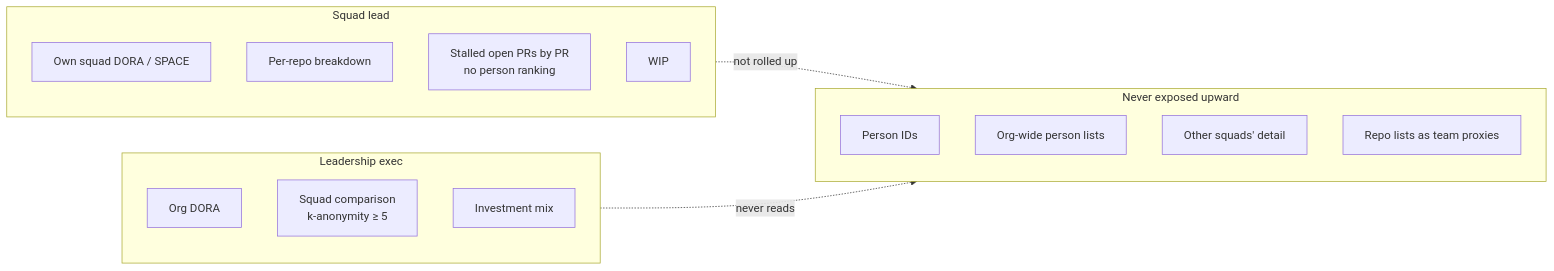
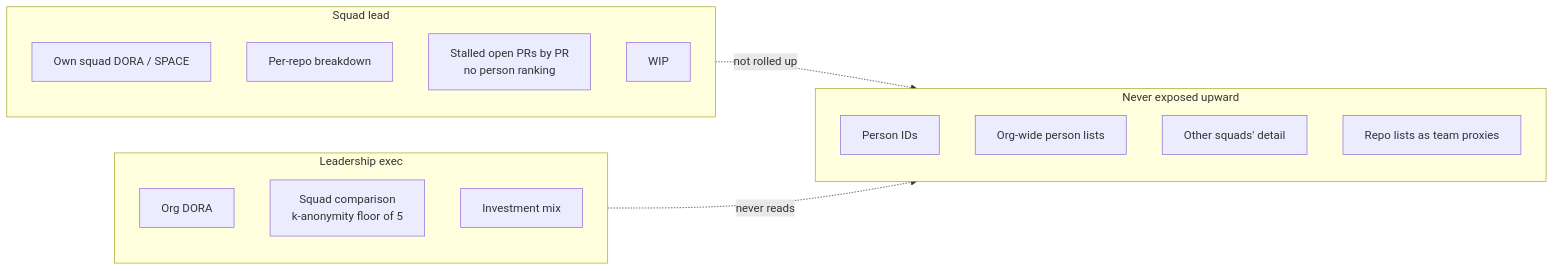
Before and after one commit to Meseery2/dev-pulse: the second of 3 diagrams in docs/ASSESSMENT.md, drawn with Mermaid. The commit also changed other lines of this file, not shown here.

First line of the commit message:
docs: trim architecture tables; keep Mermaid as primary visual

````diff
--- a/docs/ASSESSMENT.md
+++ b/docs/ASSESSMENT.md
@@ -87,25 +87,25 @@
 ```mermaid
 flowchart LR
   subgraph SquadLead["Squad lead"]
     SL1["Own squad DORA / SPACE"]
     SL2["Per-repo breakdown"]
     SL3["Stalled open PRs by PR<br/>no person ranking"]
     SL4["WIP"]
   end
 
   subgraph Exec["Leadership exec"]
     EX1["Org DORA"]
-    EX2["Squad comparison<br/>k-anonymity ≥ 5"]
+    EX2["Squad comparison<br/>k-anonymity floor of 5"]
     EX3["Investment mix"]
   end
 
   subgraph Hidden["Never exposed upward"]
     H1["Person IDs"]
     H2["Org-wide person lists"]
     H3["Other squads' detail"]
     H4["Repo lists as team proxies"]
   end
 
   SquadLead -.->|not rolled up| Hidden
   Exec -.->|never reads| Hidden
 ```
````
